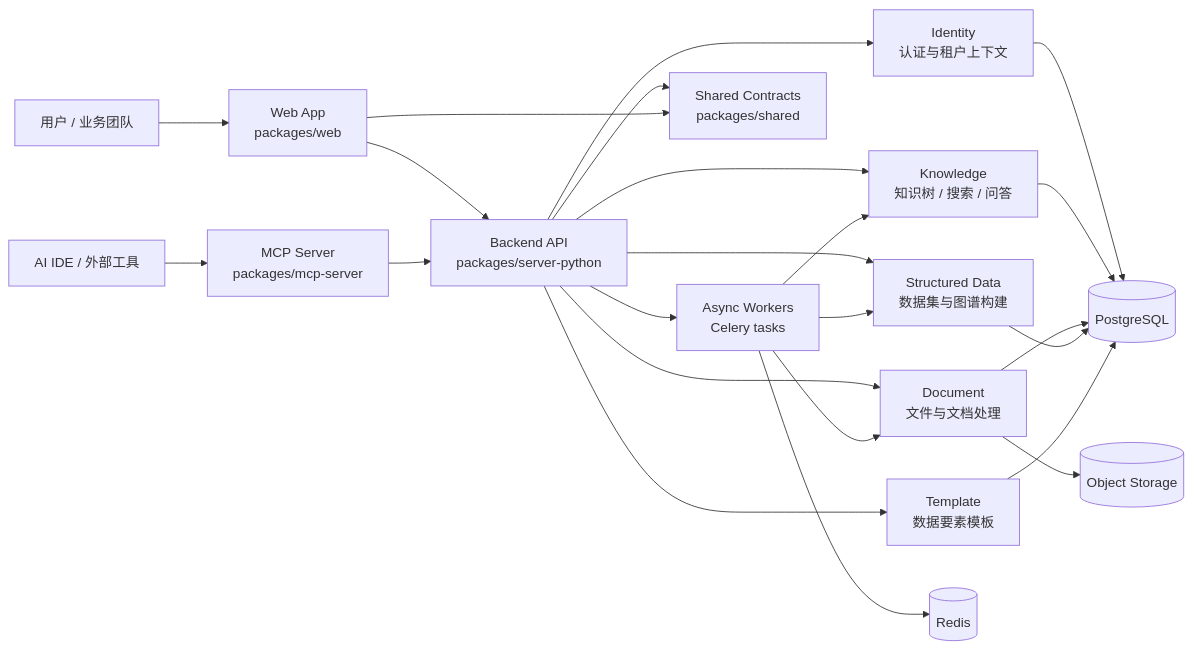
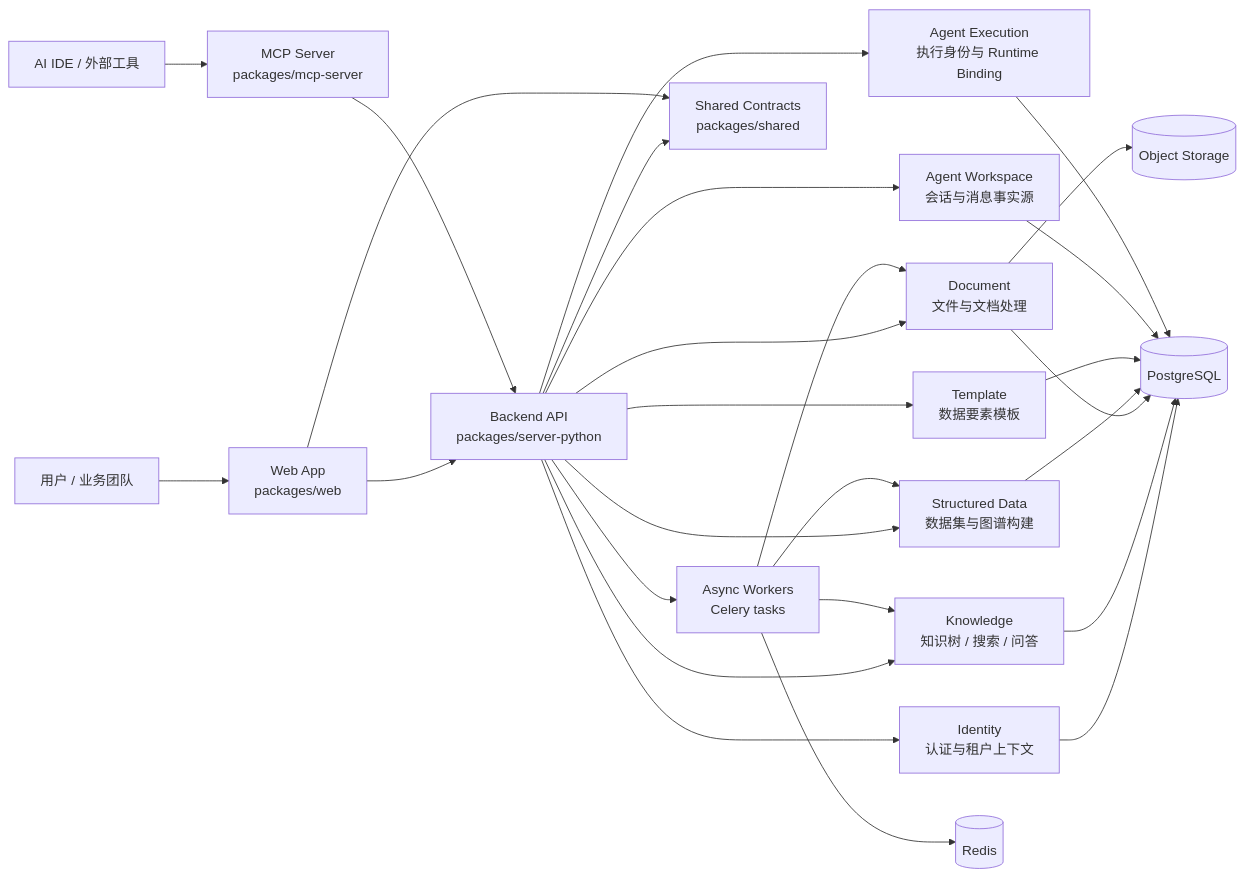
One commit to MarkDanile/MetaEduBase changed the diagram in ARCHITECTURE.md. Above: the diagram before and after it, drawn with Mermaid. The commit also changed other lines of this file and 27 other files, not shown here.

Commit message:
feat(server): add agent execution identity contracts (#481)

````diff
--- a/ARCHITECTURE.md
+++ b/ARCHITECTURE.md
@@ -51,30 +51,34 @@
 ```mermaid
 flowchart LR
     User[用户 / 业务团队] --> Web[Web App<br/>packages/web]
     AITools[AI IDE / 外部工具] --> MCP[MCP Server<br/>packages/mcp-server]
 
     Web --> API[Backend API<br/>packages/server-python]
     MCP --> API
 
     API --> Identity[Identity<br/>认证与租户上下文]
     API --> Knowledge[Knowledge<br/>知识树 / 搜索 / 问答]
     API --> Document[Document<br/>文件与文档处理]
     API --> Structured[Structured Data<br/>数据集与图谱构建]
     API --> Template[Template<br/>数据要素模板]
+    API --> AgentWorkspace[Agent Workspace<br/>会话与消息事实源]
+    API --> AgentExecution[Agent Execution<br/>执行身份与 Runtime Binding]
 
     API --> Worker[Async Workers<br/>Celery tasks]
     Worker --> Document
     Worker --> Structured
     Worker --> Knowledge
 
     API --> Shared[Shared Contracts<br/>packages/shared]
     Web --> Shared
 
     Identity --> Store[(PostgreSQL)]
     Knowledge --> Store
     Document --> Store
     Structured --> Store
     Template --> Store
+    AgentWorkspace --> Store
+    AgentExecution --> Store
     Worker --> Redis[(Redis)]
     Document --> ObjectStore[(Object Storage)]
 ```
````
